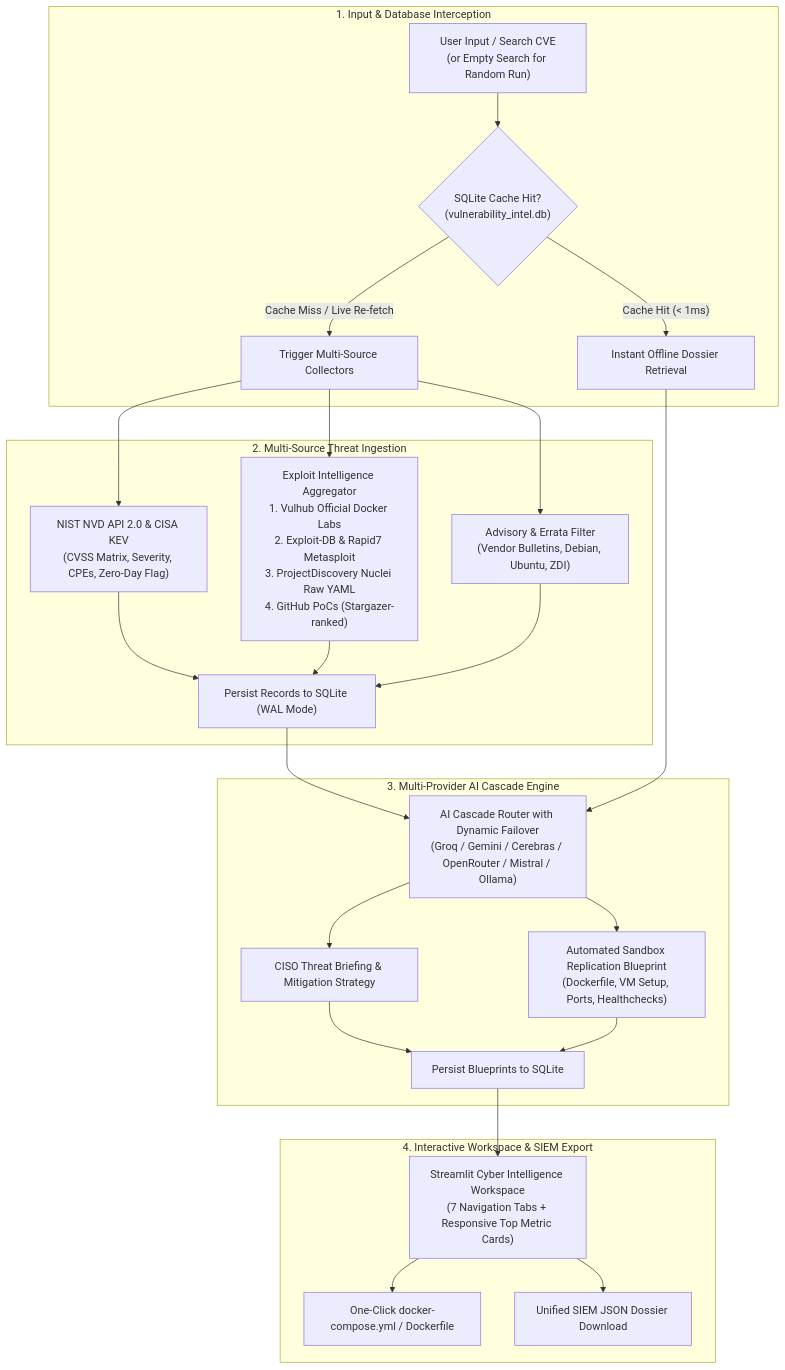
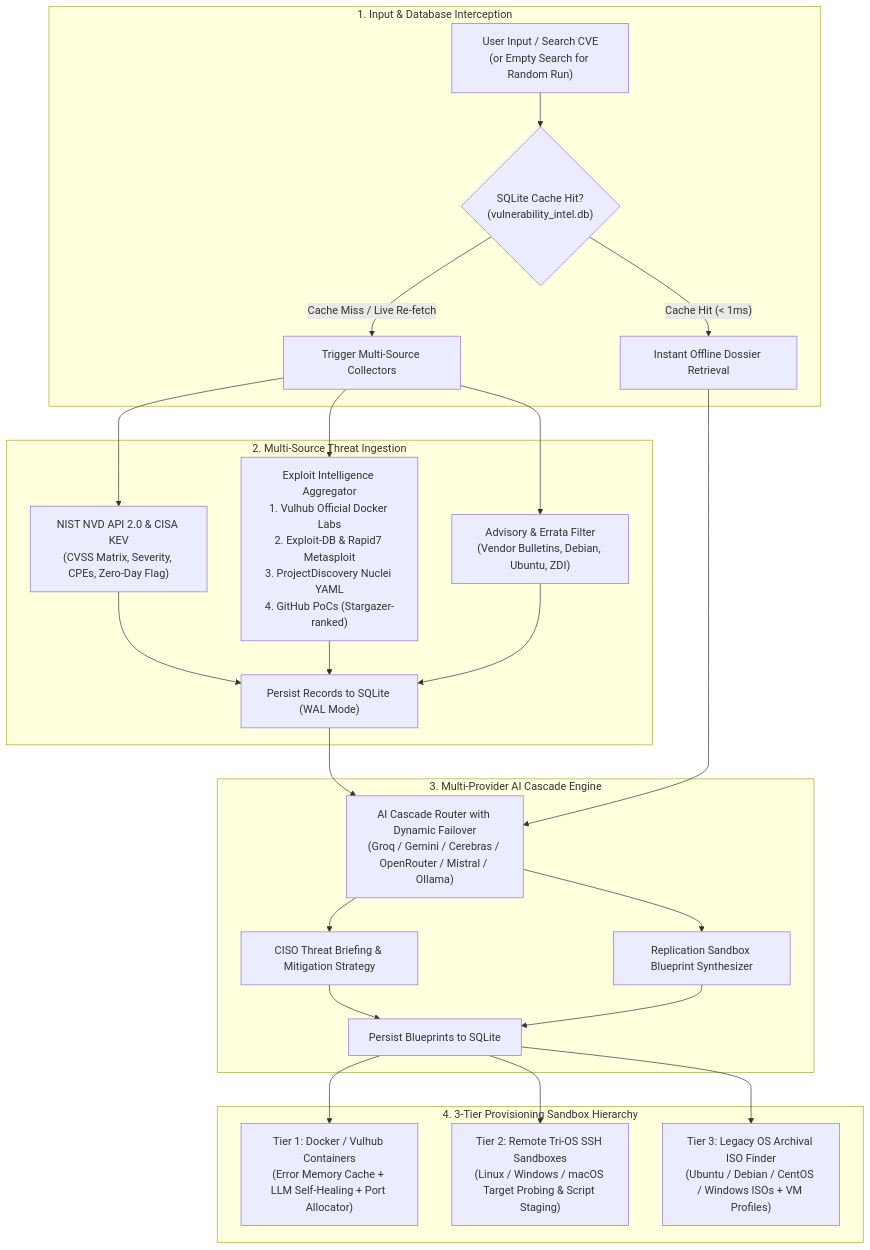
One commit to strikedevm/ATI-Project changed the diagram in README.md. Above: the diagram before and after it, drawn with Mermaid. The commit also changed other lines of this file and 14 other files, not shown here.

````diff
--- a/README.md
+++ b/README.md
@@ -53,32 +56,28 @@
 ```mermaid
 flowchart TD
-    %% Step 1: Input & Interception
     subgraph Step1 ["1. Input & Database Interception"]
         A["User Input / Search CVE<br/>(or Empty Search for Random Run)"] --> B{"SQLite Cache Hit?<br/>(vulnerability_intel.db)"}
         B -- "Cache Hit (< 1ms)" --> C1["Instant Offline Dossier Retrieval"]
         B -- "Cache Miss / Live Re-fetch" --> C2["Trigger Multi-Source Collectors"]
     end
 
-    %% Step 2: Ingestion & Feeds
     subgraph Step2 ["2. Multi-Source Threat Ingestion"]
         C2 --> D1["NIST NVD API 2.0 & CISA KEV<br/>(CVSS Matrix, Severity, CPEs, Zero-Day Flag)"]
-        C2 --> D2["Exploit Intelligence Aggregator<br/>1. Vulhub Official Docker Labs<br/>2. Exploit-DB & Rapid7 Metasploit<br/>3. ProjectDiscovery Nuclei Raw YAML<br/>4. GitHub PoCs (Stargazer-ranked)"]
+        C2 --> D2["Exploit Intelligence Aggregator<br/>1. Vulhub Official Docker Labs<br/>2. Exploit-DB & Rapid7 Metasploit<br/>3. ProjectDiscovery Nuclei YAML<br/>4. GitHub PoCs (Stargazer-ranked)"]
         C2 --> D3["Advisory & Errata Filter<br/>(Vendor Bulletins, Debian, Ubuntu, ZDI)"]
         D1 & D2 & D3 --> E["Persist Records to SQLite (WAL Mode)"]
     end
 
-    %% Step 3: Multi-Provider AI Cascade
     subgraph Step3 ["3. Multi-Provider AI Cascade Engine"]
         E & C1 --> F["AI Cascade Router with Dynamic Failover<br/>(Groq / Gemini / Cerebras / OpenRouter / Mistral / Ollama)"]
         F --> G1["CISO Threat Briefing & Mitigation Strategy"]
-        F --> G2["Automated Sandbox Replication Blueprint<br/>(Dockerfile, VM Setup, Ports, Healthchecks)"]
+        F --> G2["Replication Sandbox Blueprint Synthesizer"]
         G1 & G2 --> H["Persist Blueprints to SQLite"]
     end
 
-    %% Step 4: Presentation & Export
-    subgraph Step4 ["4. Interactive Workspace & SIEM Export"]
-        H --> I["Streamlit Cyber Intelligence Workspace<br/>(7 Navigation Tabs + Responsive Top Metric Cards)"]
-        I --> J1["One-Click docker-compose.yml / Dockerfile"]
-        I --> J2["Unified SIEM JSON Dossier Download"]
+    subgraph Step4 ["4. 3-Tier Provisioning Sandbox Hierarchy"]
+        H --> T1["Tier 1: Docker / Vulhub Containers<br/>(Error Memory Cache + LLM Self-Healing + Port Allocator)"]
+        H --> T2["Tier 2: Remote Tri-OS SSH Sandboxes<br/>(Linux / Windows / macOS Target Probing & Script Staging)"]
+        H --> T3["Tier 3: Legacy OS Archival ISO Finder<br/>(Ubuntu / Debian / CentOS / Windows ISOs + VM Profiles)"]
     end
 ```
````
